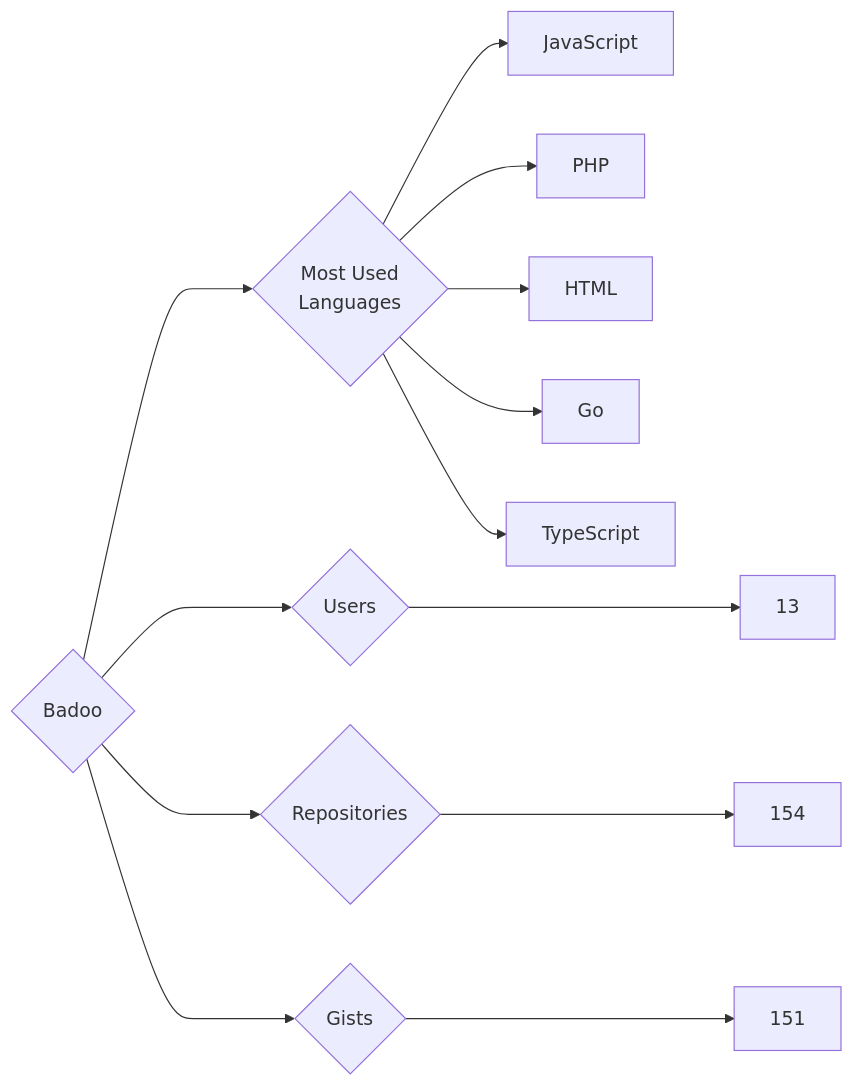
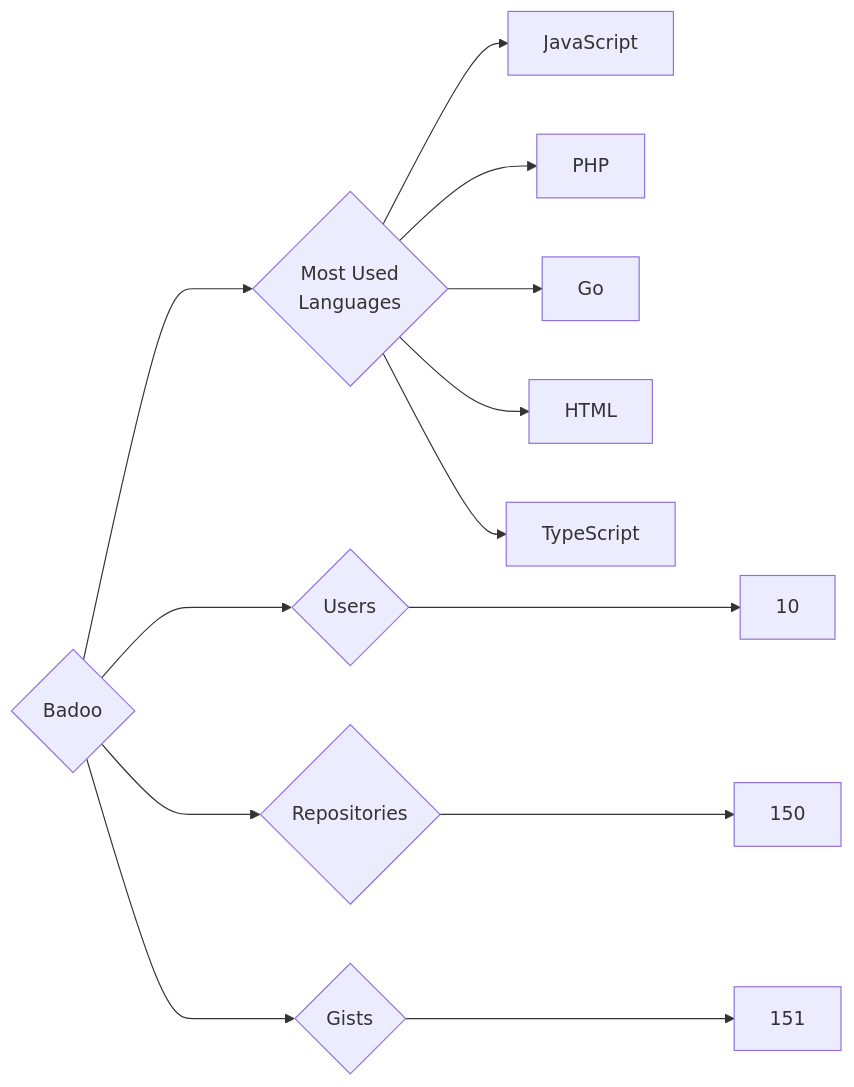
The diagram in targets/Badoo/README.md (trickest/insiders), drawn with Mermaid before and after one commit. The commit also changed 644 other files, not shown here.

````diff
--- a/targets/Badoo/README.md
+++ b/targets/Badoo/README.md
@@ -3,13 +3,13 @@
 ```mermaid
 graph LR
 COMPANY_NAME{Badoo}
-COMPANY_NAME ---> U{Users} ---> UN[13]
-COMPANY_NAME ---> R{Repositories} ---> RN[154]
+COMPANY_NAME ---> U{Users} ---> UN[10]
+COMPANY_NAME ---> R{Repositories} ---> RN[150]
 COMPANY_NAME ---> G{Gists} ---> GN[151]
 COMPANY_NAME ---> ML{Most Used<br>Languages}
 ML --> JavaScript[JavaScript]
 ML --> PHP[PHP]
+ML --> Go[Go]
 ML --> HTML[HTML]
-ML --> Go[Go]
 ML --> TypeScript[TypeScript]
 ```
````
